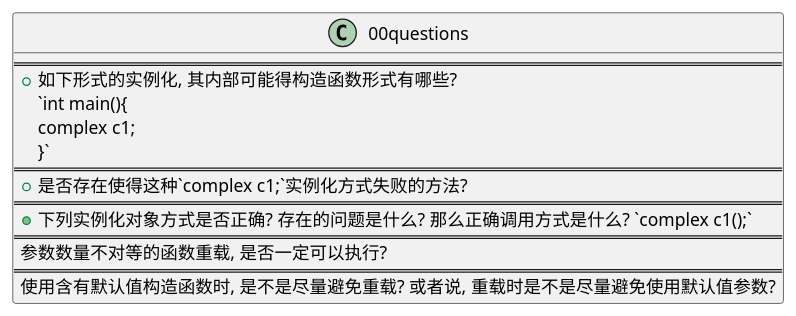
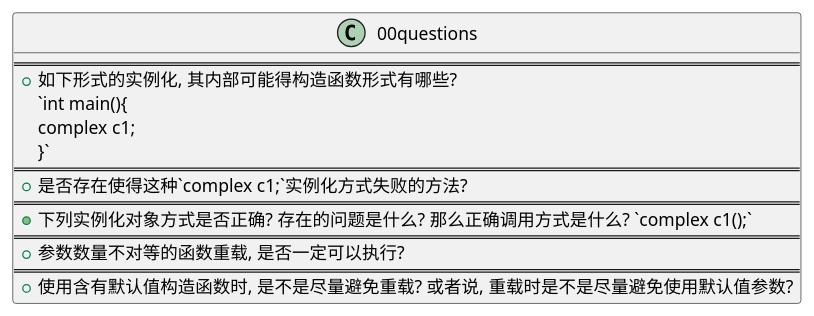
Before and after one commit to AlleyNorthward/toolchain-records: the diagram in c++/study/00构造函数/question/00.puml, drawn with PlantUML. The commit also changed 1 other file, not shown here.

Commit message:
添加图片

```diff
--- a/c++/study/00构造函数/question/00.puml
+++ b/c++/study/00构造函数/question/00.puml
@@ -1,18 +1,18 @@
 @startuml 00questions
 class 00questions{
   ====
   + 如下形式的实例化, 其内部可能得构造函数形式有哪些?
   `int main(){
     complex c1;
     }`
   ====
   + 是否存在使得这种`complex c1;`实例化方式失败的方法?
   ====
- + 下列实例化对象方式是否正确? 存在的问题是什么? 那么正确调用方式是什么? `complex c1();`
+  + 下列实例化对象方式是否正确? 存在的问题是什么? 那么正确调用方式是什么? `complex c1();`
   ====
-  参数数量不对等的函数重载, 是否一定可以执行?
+  + 参数数量不对等的函数重载, 是否一定可以执行?
   ====
-  使用含有默认值构造函数时, 是不是尽量避免重载? 或者说, 重载时是不是尽量避免使用默认值参数?
+  + 使用含有默认值构造函数时, 是不是尽量避免重载? 或者说, 重载时是不是尽量避免使用默认值参数?
 }
 
 @enduml
```
